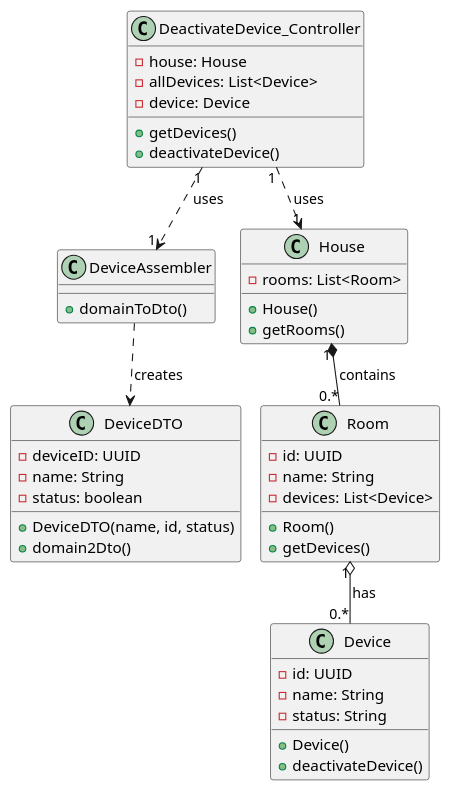
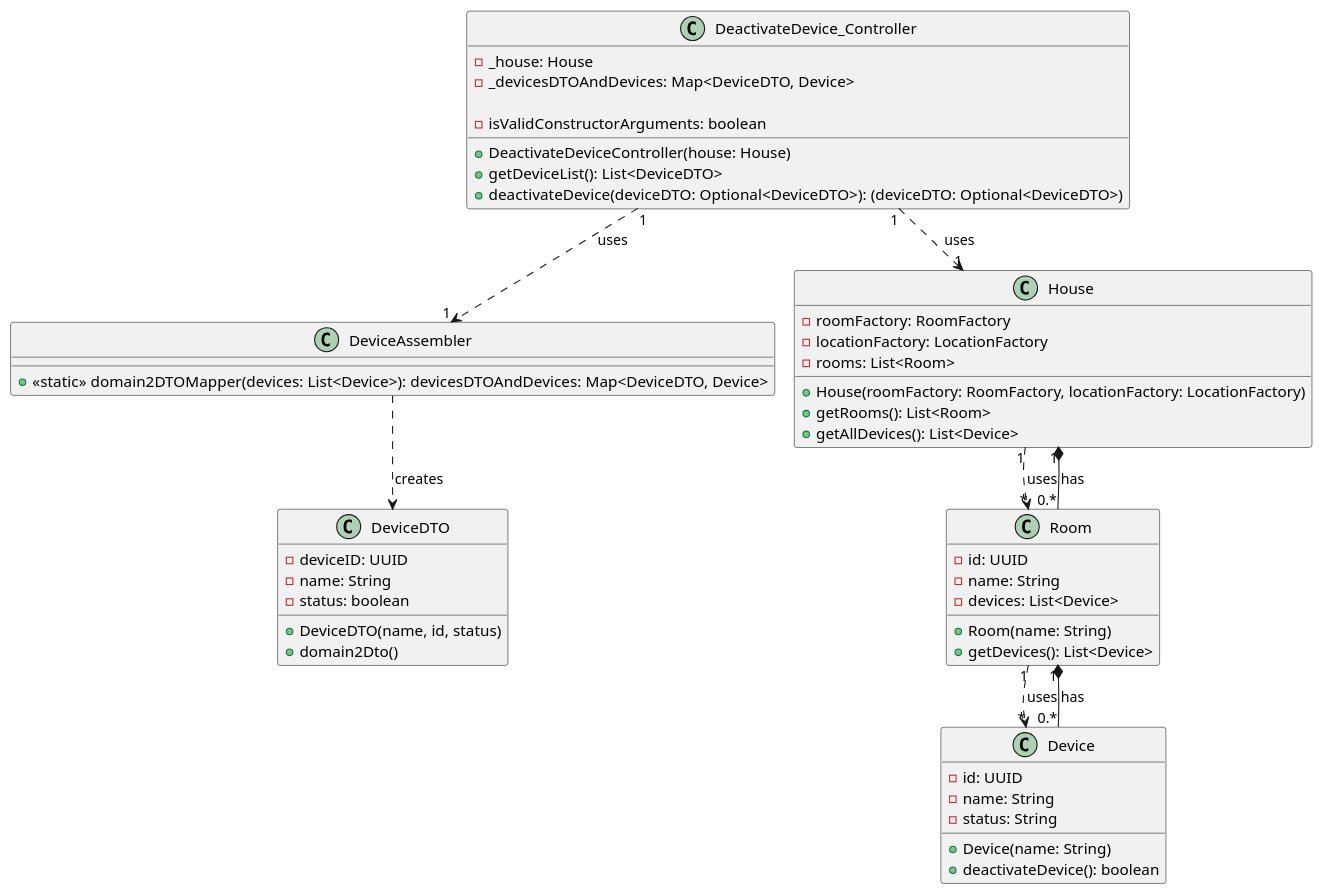
Before and after one commit to olivDiogo/SmartHome: the diagram in docs/ood/classDiagram/US08ClassDiagram.puml, drawn with PlantUML.

Commit message:
US08: Update Class Diagram

```diff
--- a/docs/ood/classDiagram/US08ClassDiagram.puml
+++ b/docs/ood/classDiagram/US08ClassDiagram.puml
@@ -1,69 +1,75 @@
 @startuml
 !pragma layout smetana
 
 
 class DeactivateDevice_Controller {
     'Attributes'
-    - house: House
-    - allDevices: List<Device>
-    - device: Device
+    - _house: House
+    - _devicesDTOAndDevices: Map<DeviceDTO, Device>
 
     'Methods'
-    +getDevices()
-    +deactivateDevice()
+    +DeactivateDeviceController(house: House)
+    -isValidConstructorArguments: boolean
+    +getDeviceList(): List<DeviceDTO>
+    +deactivateDevice(deviceDTO: Optional<DeviceDTO>): (deviceDTO: Optional<DeviceDTO>)
 }
 
 class DeviceAssembler{
     'Methods'
-
-    +domainToDto()
+    +<<static>> domain2DTOMapper(devices: List<Device>): devicesDTOAndDevices: Map<DeviceDTO, Device>
 }
 
 class DeviceDTO{
     'Attributes'
     - deviceID: UUID
     - name: String
     - status: boolean
 
     'Methods'
     +DeviceDTO(name, id, status)
     +domain2Dto()
 }
 
 class House {
     'Attributes'
+    - roomFactory: RoomFactory
+    - locationFactory: LocationFactory
     - rooms: List<Room>
 
     'Methods'
-    +House()
-    +getRooms()
+    +House(roomFactory: RoomFactory, locationFactory: LocationFactory)
+    +getRooms(): List<Room>
+    +getAllDevices(): List<Device>
 }
 
-class Room{
+class Room {
     'Attributes'
     - id: UUID
     - name: String
     - devices: List<Device>
 
     'Methods'
-    +Room()
-    +getDevices()
+    +Room(name: String)
+    +getDevices(): List<Device>
 }
 
 class Device {
     'Attributes'
     - id: UUID
     - name: String
     - status: String
 
     'Methods'
-    +Device()
-    +deactivateDevice()
+    +Device(name: String)
+    +deactivateDevice(): boolean
 }
 
 DeactivateDevice_Controller "1" ..> "1" House : uses
 DeactivateDevice_Controller "1" ..> "1" DeviceAssembler : uses
 DeviceAssembler ..>  DeviceDTO : creates
-House "1" *-- "0.*" Room : contains
-Room "1" o-- "0.*" Device : has
+House "1" ..> "*" Room: uses
+Room "1" ..> "*" Device: uses
+
+House "1" *-- "0.*" Room : has
+Room "1" *-- "0.*" Device : has
 @enduml
```
